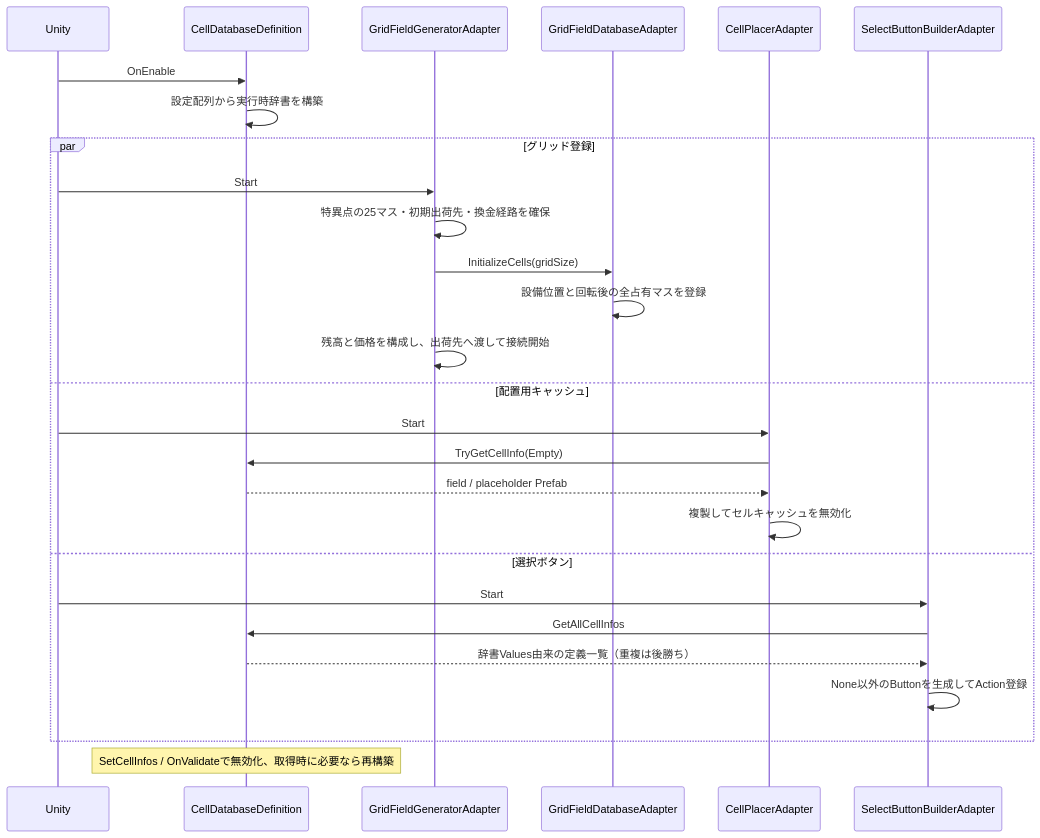
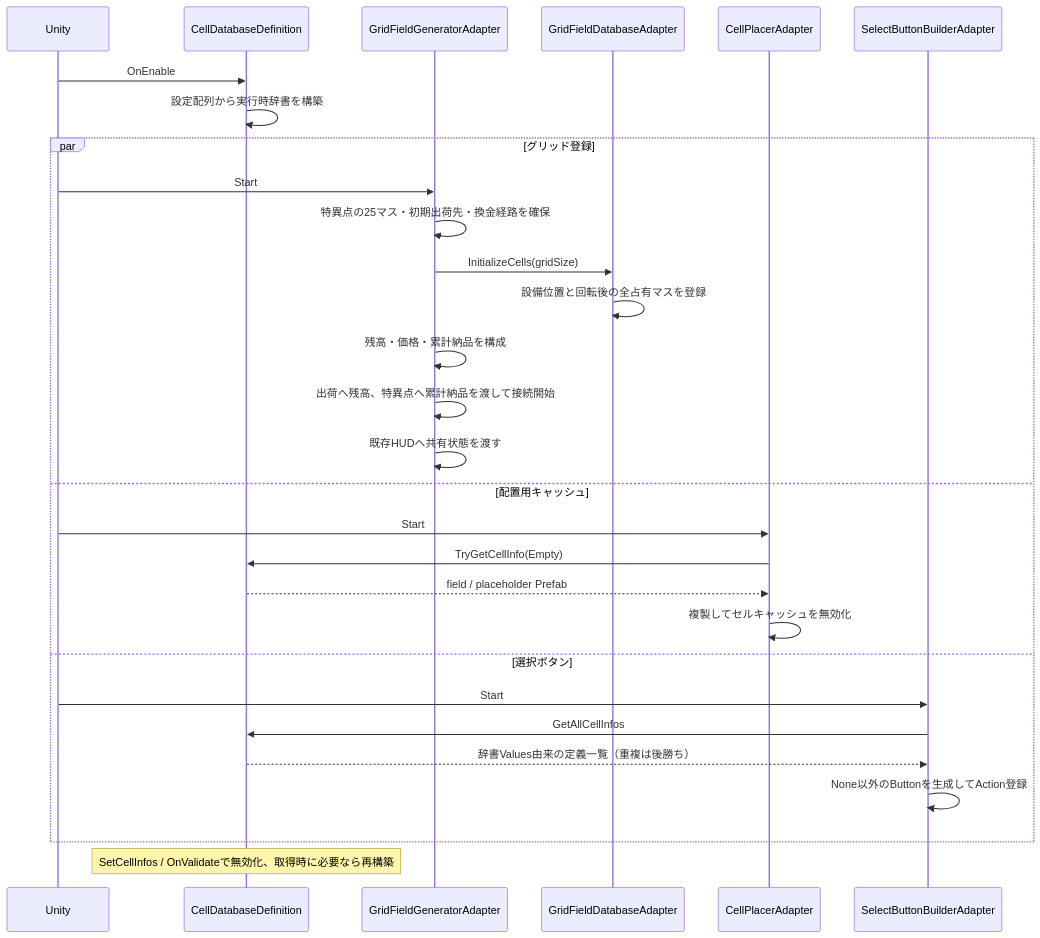
One commit to AoiTomiyama/FactoryGame changed the first of 5 diagrams in docs/design/architecture-sequences.md. Above: the diagram before and after it, drawn with Mermaid. The commit also changed 32 other files, not shown here.

````diff
--- a/docs/design/architecture-sequences.md
+++ b/docs/design/architecture-sequences.md
@@ -10,29 +10,31 @@
 ```mermaid
 sequenceDiagram
  participant U as Unity
  participant D as CellDatabaseDefinition
  participant G as GridFieldGeneratorAdapter
  participant F as GridFieldDatabaseAdapter
  participant P as CellPlacerAdapter
  participant B as SelectButtonBuilderAdapter
  U->>D: OnEnable
  D->>D: 設定配列から実行時辞書を構築
  par グリッド登録
   U->>G: Start
   G->>G: 特異点の25マス・初期出荷先・換金経路を確保
   G->>F: InitializeCells(gridSize)
   F->>F: 設備位置と回転後の全占有マスを登録
-  G->>G: 残高と価格を構成し、出荷先へ渡して接続開始
+  G->>G: 残高・価格・累計納品を構成
+  G->>G: 出荷へ残高、特異点へ累計納品を渡して接続開始
+  G->>G: 既存HUDへ共有状態を渡す
  and 配置用キャッシュ
   U->>P: Start
   P->>D: TryGetCellInfo(Empty)
   D-->>P: field / placeholder Prefab
   P->>P: 複製してセルキャッシュを無効化
  and 選択ボタン
   U->>B: Start
   B->>D: GetAllCellInfos
   D-->>B: 辞書Values由来の定義一覧（重複は後勝ち）
   B->>B: None以外のButtonを生成してAction登録
  end
  Note over D: SetCellInfos / OnValidateで無効化、取得時に必要なら再構築
 ```
````
